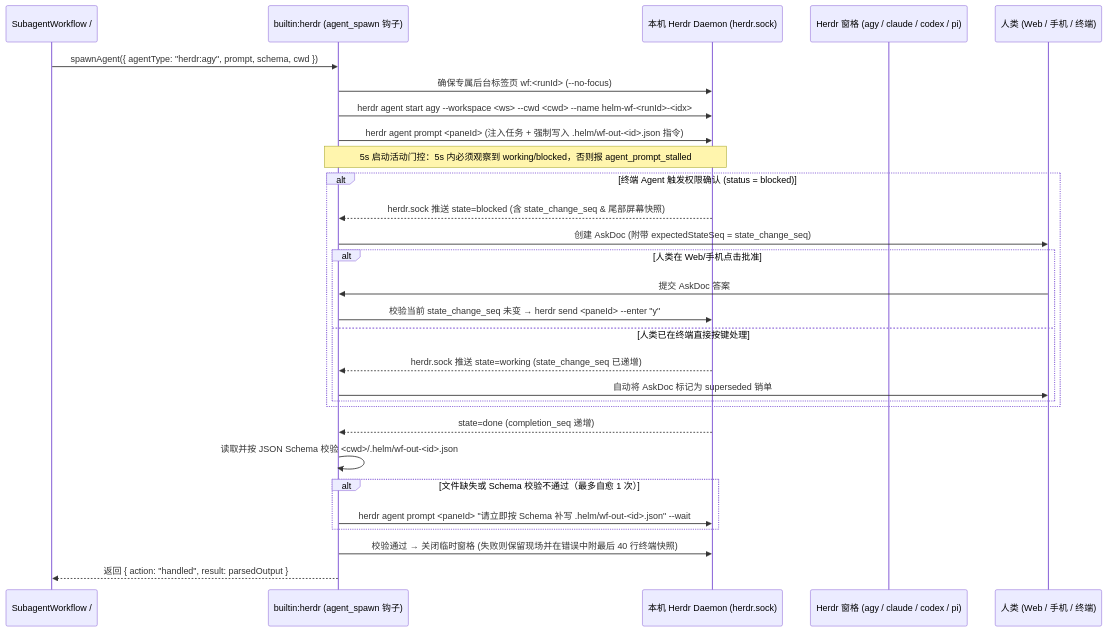
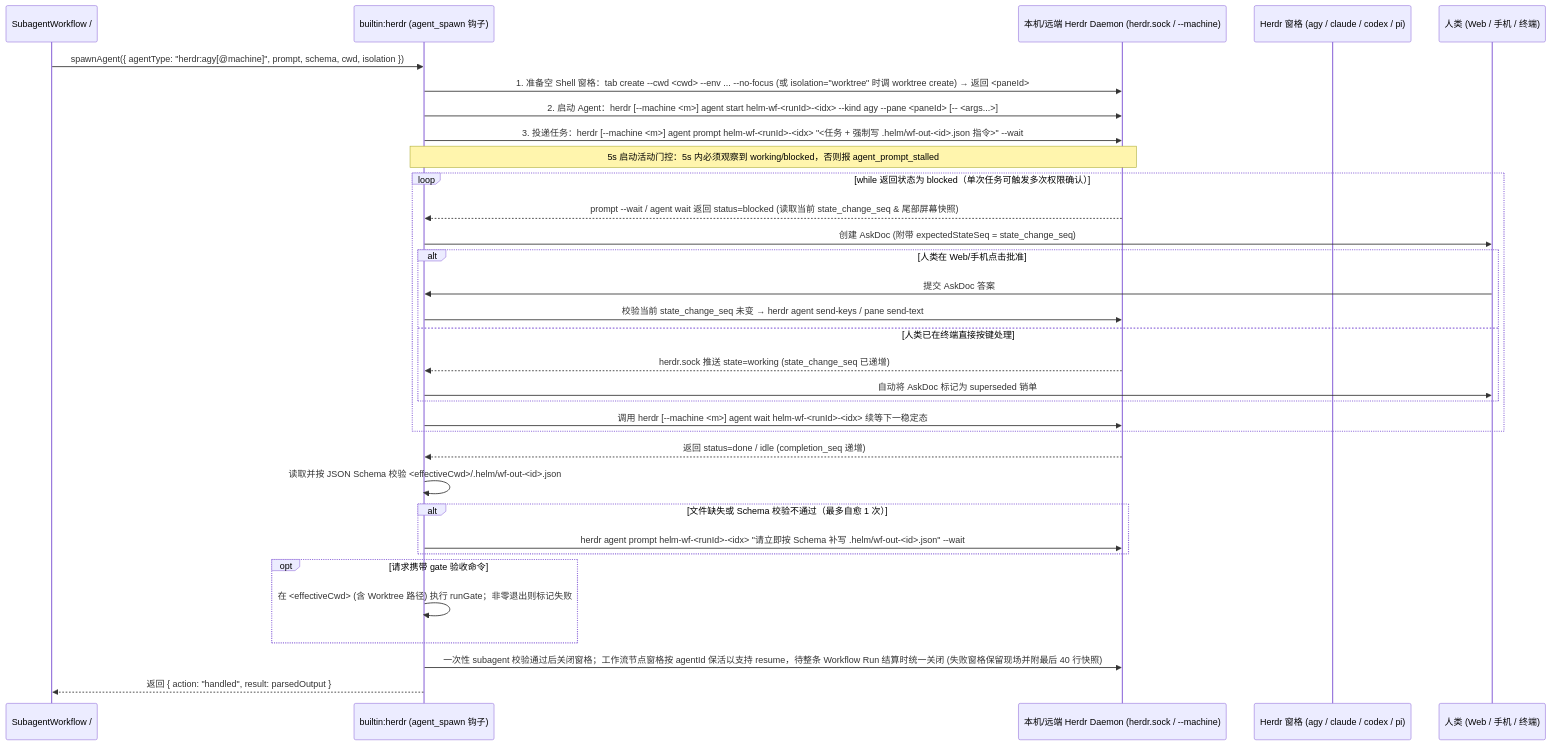
One commit to team4u/helm changed the second of 2 diagrams in docs/20261106 helm极简微内核与双7扩展点设计文档.md. Above: the diagram before and after it, drawn with Mermaid. The commit also changed other lines of this file and 1 other file, not shown here.

````diff
--- a/docs/20261106 helm极简微内核与双7扩展点设计文档.md
+++ b/docs/20261106 helm极简微内核与双7扩展点设计文档.md
@@ -301,34 +303,38 @@
 ```mermaid
 sequenceDiagram
     participant WF as SubagentWorkflow / #1 个人助理
     participant Hook as builtin:herdr (agent_spawn 钩子)
-    participant Herdr as 本机 Herdr Daemon (herdr.sock)
+    participant Herdr as 本机/远端 Herdr Daemon (herdr.sock / --machine)
     participant Pane as Herdr 窗格 (agy / claude / codex / pi)
     participant Human as 人类 (Web / 手机 / 终端)
 
-    WF->>Hook: spawnAgent({ agentType: "herdr:agy", prompt, schema, cwd })
-    Hook->>Herdr: 确保专属后台标签页 wf:<runId> (--no-focus)
-    Hook->>Herdr: herdr agent start agy --workspace <ws> --cwd <cwd> --name helm-wf-<runId>-<idx>
-    Hook->>Herdr: herdr agent prompt <paneId> (注入任务 + 强制写入 .helm/wf-out-<id>.json 指令)
+    WF->>Hook: spawnAgent({ agentType: "herdr:agy[@machine]", prompt, schema, cwd, isolation })
+    Hook->>Herdr: 1. 准备空 Shell 窗格：tab create --cwd <cwd> --env ... --no-focus (或 isolation="worktree" 时调 worktree create) → 返回 <paneId>
+    Hook->>Herdr: 2. 启动 Agent：herdr [--machine <m>] agent start helm-wf-<runId>-<idx> --kind agy --pane <paneId> [-- <args...>]
+    Hook->>Herdr: 3. 投递任务：herdr [--machine <m>] agent prompt helm-wf-<runId>-<idx> "<任务 + 强制写 .helm/wf-out-<id>.json 指令>" --wait
     Note over Hook,Herdr: 5s 启动活动门控：5s 内必须观察到 working/blocked，否则报 agent_prompt_stalled
 
-    alt 终端 Agent 触发权限确认 (status = blocked)
-        Herdr-->>Hook: herdr.sock 推送 state=blocked (含 state_change_seq & 尾部屏幕快照)
+    loop while 返回状态为 blocked（单次任务可触发多次权限确认）
+        Herdr-->>Hook: prompt --wait / agent wait 返回 status=blocked (读取当前 state_change_seq & 尾部屏幕快照)
         Hook->>Human: 创建 AskDoc (附带 expectedStateSeq = state_change_seq)
         alt 人类在 Web/手机点击批准
             Human->>Hook: 提交 AskDoc 答案
-            Hook->>Herdr: 校验当前 state_change_seq 未变 → herdr send <paneId> --enter "y"
+            Hook->>Herdr: 校验当前 state_change_seq 未变 → herdr agent send-keys / pane send-text
         else 人类已在终端直接按键处理
             Herdr-->>Hook: herdr.sock 推送 state=working (state_change_seq 已递增)
             Hook->>Human: 自动将 AskDoc 标记为 superseded 销单
         end
+        Hook->>Herdr: 调用 herdr [--machine <m>] agent wait helm-wf-<runId>-<idx> 续等下一稳定态
     end
 
-    Herdr-->>Hook: state=done (completion_seq 递增)
-    Hook->>Hook: 读取并按 JSON Schema 校验 <cwd>/.helm/wf-out-<id>.json
+    Herdr-->>Hook: 返回 status=done / idle (completion_seq 递增)
+    Hook->>Hook: 读取并按 JSON Schema 校验 <effectiveCwd>/.helm/wf-out-<id>.json
     alt 文件缺失或 Schema 校验不通过（最多自愈 1 次）
-        Hook->>Herdr: herdr agent prompt <paneId> "请立即按 Schema 补写 .helm/wf-out-<id>.json" --wait
+        Hook->>Herdr: herdr agent prompt helm-wf-<runId>-<idx> "请立即按 Schema 补写 .helm/wf-out-<id>.json" --wait
     end
-    Hook->>Herdr: 校验通过 → 关闭临时窗格 (失败则保留现场并在错误中附最后 40 行终端快照)
+    opt 请求携带 gate 验收命令
+        Hook->>Hook: 在 <effectiveCwd> (含 Worktree 路径) 执行 runGate；非零退出则标记失败
+    end
+    Hook->>Herdr: 一次性 subagent 校验通过后关闭窗格；工作流节点窗格按 agentId 保活以支持 resume，待整条 Workflow Run 结算时统一关闭 (失败窗格保留现场并附最后 40 行快照)
     Hook-->>WF: 返回 { action: "handled", result: parsedOutput }
 ```
````
